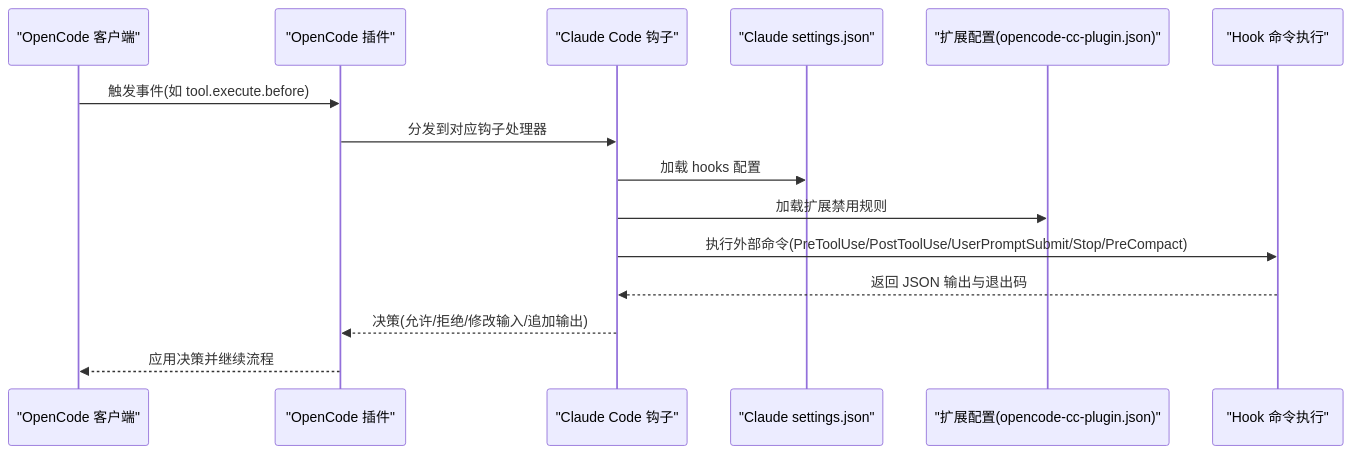
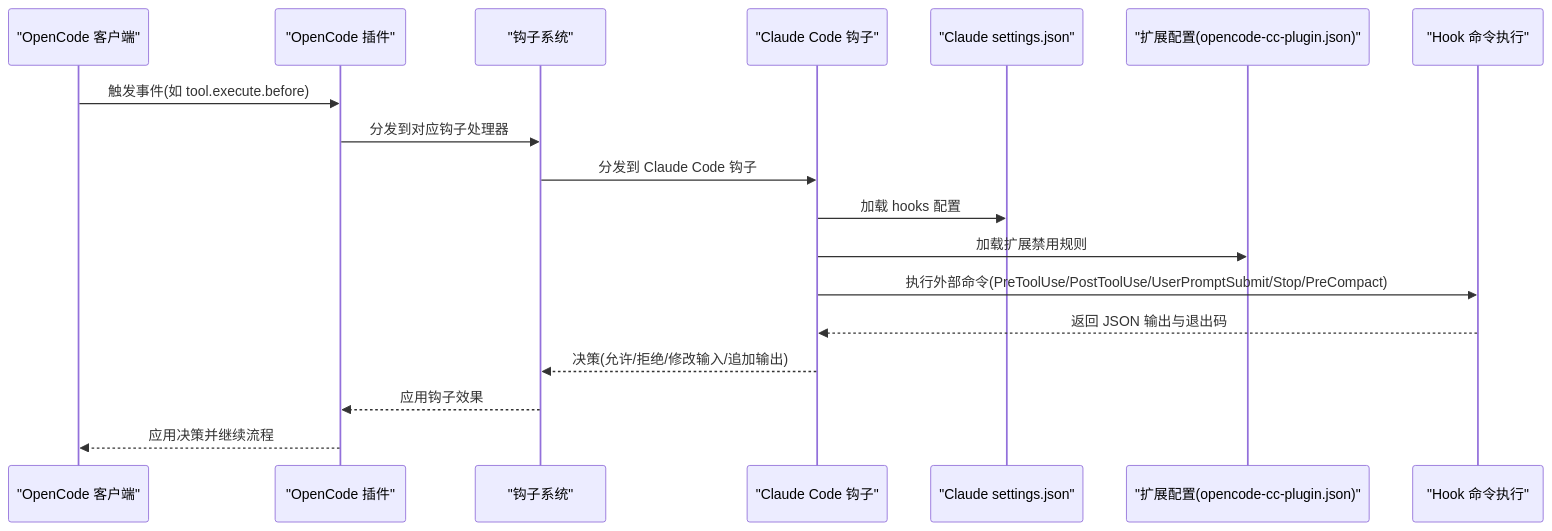
Before and after one commit to code-yeongyu/oh-my-openagent: the second of 17 diagrams in .qoder/repowiki/zh/content/配置管理/钩子配置.md, drawn with Mermaid. The commit also changed other lines of this file and 61 other files, not shown here.

````diff
--- a/.qoder/repowiki/zh/content/配置管理/钩子配置.md
+++ b/.qoder/repowiki/zh/content/配置管理/钩子配置.md
@@ -109,17 +179,20 @@
 ```mermaid
 sequenceDiagram
 participant Client as "OpenCode 客户端"
 participant Plugin as "OpenCode 插件"
-participant Hooks as "Claude Code 钩子"
+participant Hooks as "钩子系统"
+participant ClaudeHooks as "Claude Code 钩子"
 participant Settings as "Claude settings.json"
 participant ExtCfg as "扩展配置(opencode-cc-plugin.json)"
 participant Shell as "Hook 命令执行"
 Client->>Plugin : 触发事件(如 tool.execute.before)
 Plugin->>Hooks : 分发到对应钩子处理器
-Hooks->>Settings : 加载 hooks 配置
-Hooks->>ExtCfg : 加载扩展禁用规则
-Hooks->>Shell : 执行外部命令(PreToolUse/PostToolUse/UserPromptSubmit/Stop/PreCompact)
-Shell-->>Hooks : 返回 JSON 输出与退出码
-Hooks-->>Plugin : 决策(允许/拒绝/修改输入/追加输出)
+Hooks->>ClaudeHooks : 分发到 Claude Code 钩子
+ClaudeHooks->>Settings : 加载 hooks 配置
+ClaudeHooks->>ExtCfg : 加载扩展禁用规则
+ClaudeHooks->>Shell : 执行外部命令(PreToolUse/PostToolUse/UserPromptSubmit/Stop/PreCompact)
+Shell-->>ClaudeHooks : 返回 JSON 输出与退出码
+ClaudeHooks-->>Hooks : 决策(允许/拒绝/修改输入/追加输出)
+Hooks-->>Plugin : 应用钩子效果
 Plugin-->>Client : 应用决策并继续流程
 ```
````
